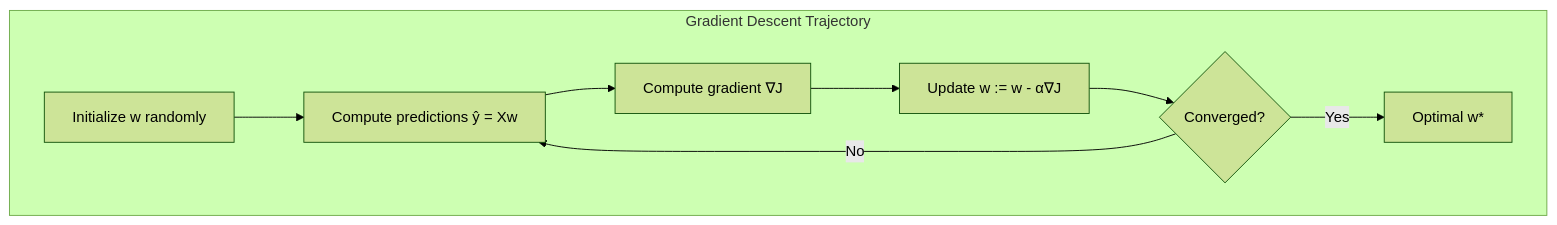
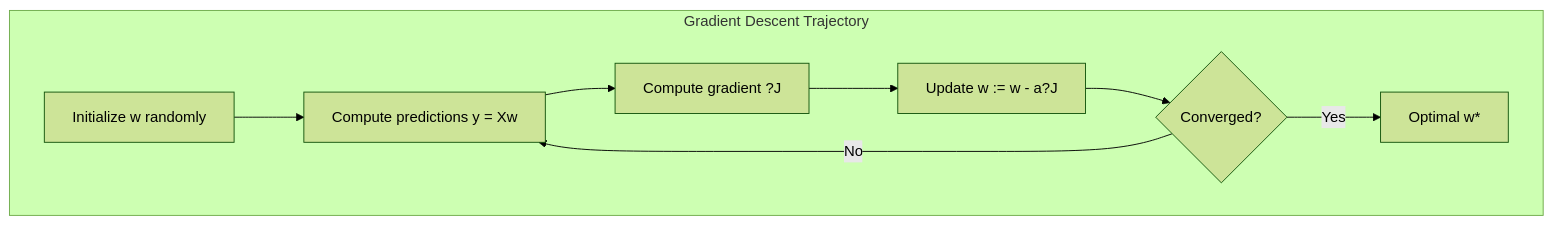
Before and after one commit to Raushan666java/ai-engineering-journey: the second of 6 diagrams in docs/courses/machine-learning/02-linear-regression.md, drawn with Mermaid (forest theme). The commit also changed other lines of this file and 790 other files, not shown here.

Commit message:
Sync all course diagram renders and content updates

````diff
--- a/docs/courses/machine-learning/02-linear-regression.md
+++ b/docs/courses/machine-learning/02-linear-regression.md
@@ -122,11 +122,11 @@
 ```mermaid
 flowchart TD
     subgraph "Gradient Descent Trajectory"
-        A[Initialize w randomly] --> B[Compute predictions ŷ = Xw]
-        B --> C[Compute gradient ∇J]
-        C --> D[Update w := w - α∇J]
+        A[Initialize w randomly] --> B[Compute predictions y = Xw]
+        B --> C[Compute gradient ?J]
+        C --> D[Update w := w - a?J]
         D --> E{Converged?}
         E -->|No| B
         E -->|Yes| F[Optimal w*]
     end
 ```
````
